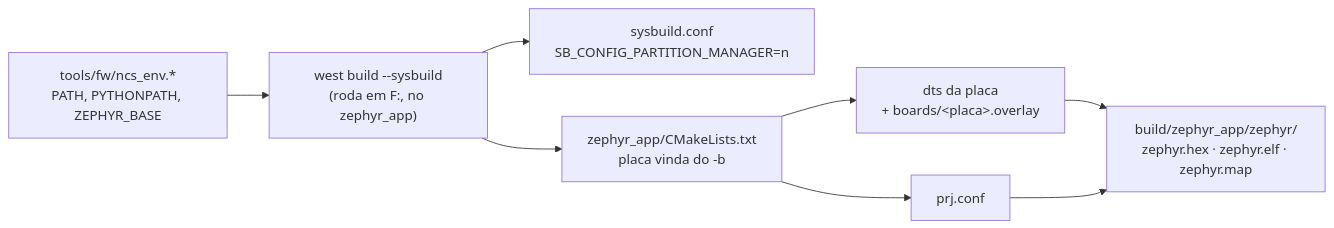
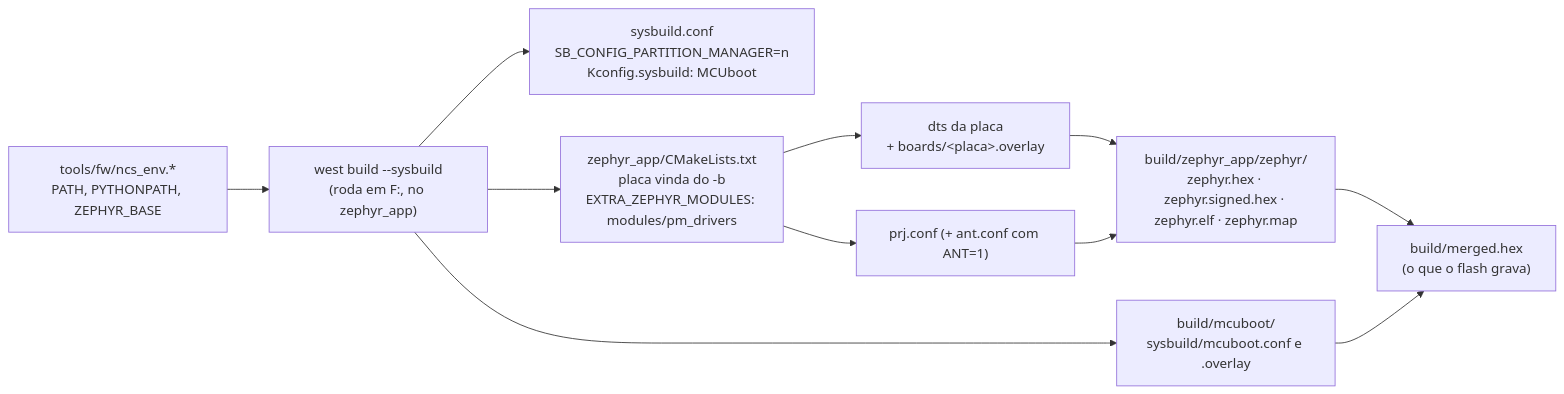
The diagram in .claude/skills/fw-build/SKILL.md (Guiimartinho/bike-powermeter), drawn with Mermaid before and after one commit. The commit also changed other lines of this file and 12 other files, not shown here.

````diff
--- a/.claude/skills/fw-build/SKILL.md
+++ b/.claude/skills/fw-build/SKILL.md
@@ -43,10 +46,13 @@
 ```mermaid
 flowchart LR
     ENV["tools/fw/ncs_env.*<br/>PATH, PYTHONPATH, ZEPHYR_BASE"] --> WEST["west build --sysbuild<br/>(roda em F:, no zephyr_app)"]
-    WEST --> SB["sysbuild.conf<br/>SB_CONFIG_PARTITION_MANAGER=n"]
-    WEST --> CM["zephyr_app/CMakeLists.txt<br/>placa vinda do -b"]
+    WEST --> SB["sysbuild.conf<br/>SB_CONFIG_PARTITION_MANAGER=n<br/>Kconfig.sysbuild: MCUboot"]
+    WEST --> CM["zephyr_app/CMakeLists.txt<br/>placa vinda do -b<br/>EXTRA_ZEPHYR_MODULES: modules/pm_drivers"]
     CM --> DTS["dts da placa<br/>+ boards/&lt;placa&gt;.overlay"]
-    CM --> KC["prj.conf"]
-    DTS --> OUT["build/zephyr_app/zephyr/<br/>zephyr.hex · zephyr.elf · zephyr.map"]
+    CM --> KC["prj.conf (+ ant.conf com ANT=1)"]
+    DTS --> OUT["build/zephyr_app/zephyr/<br/>zephyr.hex · zephyr.signed.hex · zephyr.elf · zephyr.map"]
     KC --> OUT
+    WEST --> MCB["build/mcuboot/<br/>sysbuild/mcuboot.conf e .overlay"]
+    OUT --> MERGED["build/merged.hex<br/>(o que o flash grava)"]
+    MCB --> MERGED
 ```
````
